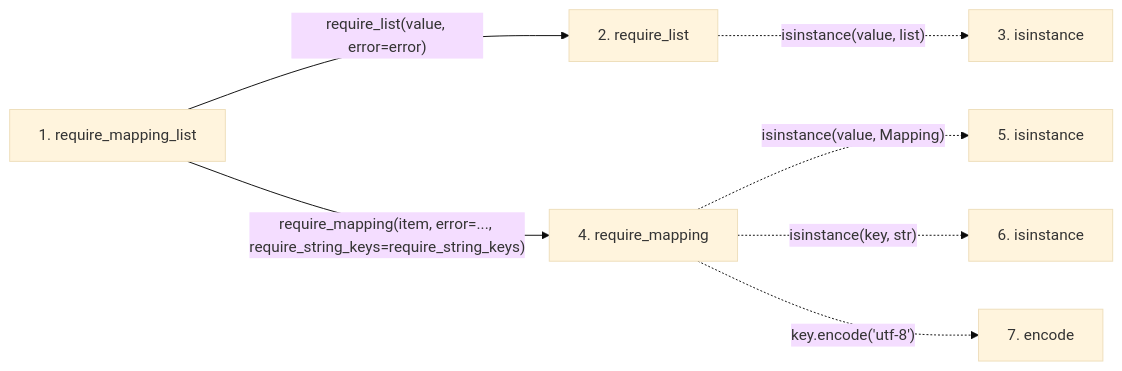
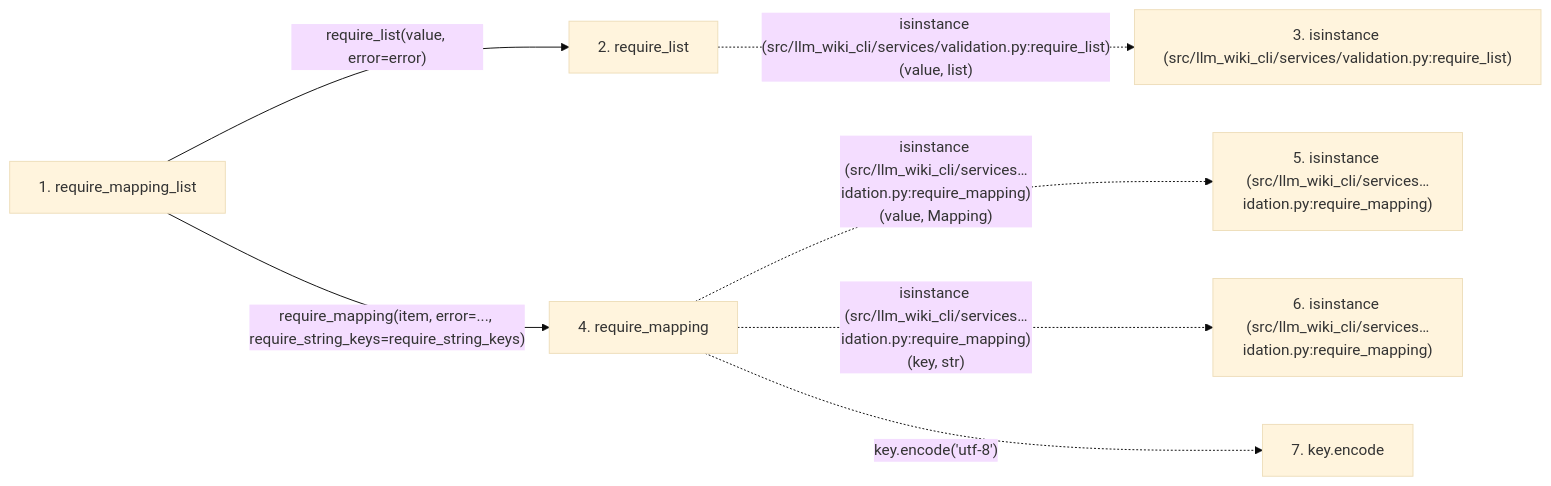
Before and after one commit to Denissvgn/python-wiki-llm: the second of 2 diagrams in docs/llm_wiki/flows/api-require_mapping_list.md, drawn with Mermaid (base theme). The commit also changed other lines of this file and 719 other files, not shown here.

````diff
--- a/docs/llm_wiki/flows/api-require_mapping_list.md
+++ b/docs/llm_wiki/flows/api-require_mapping_list.md
@@ -28,19 +29,19 @@
 ```mermaid
 flowchart LR
     s1["1. require_mapping_list"]
     s2["2. require_list"]
-    s3["3. isinstance"]
+    s3["3. isinstance (src/llm_wiki_cli/services/validation.py:require_list)"]
     s4["4. require_mapping"]
-    s5["5. isinstance"]
-    s6["6. isinstance"]
-    s7["7. encode"]
+    s5["5. isinstance (src/llm_wiki_cli/services…idation.py:require_mapping)"]
+    s6["6. isinstance (src/llm_wiki_cli/services…idation.py:require_mapping)"]
+    s7["7. key.encode"]
     s1 -->|"require_list(value, error=error)"| s2
-    s2 -. "isinstance(value, list)" .-> s3
+    s2 -. "isinstance (src/llm_wiki_cli/services/validation.py:require_list)(value, list)" .-> s3
     s1 -->|"require_mapping(item, error=..., require_string_keys=require_string_keys)"| s4
-    s4 -. "isinstance(value, Mapping)" .-> s5
-    s4 -. "isinstance(key, str)" .-> s6
+    s4 -. "isinstance (src/llm_wiki_cli/services…idation.py:require_mapping)(value, Mapping)" .-> s5
+    s4 -. "isinstance (src/llm_wiki_cli/services…idation.py:require_mapping)(key, str)" .-> s6
     s4 -. "key.encode('utf-8')" .-> s7
     click s1 "../modules/validation.md"
     click s2 "../modules/validation.md"
     click s4 "../modules/validation.md"
 ```
````
